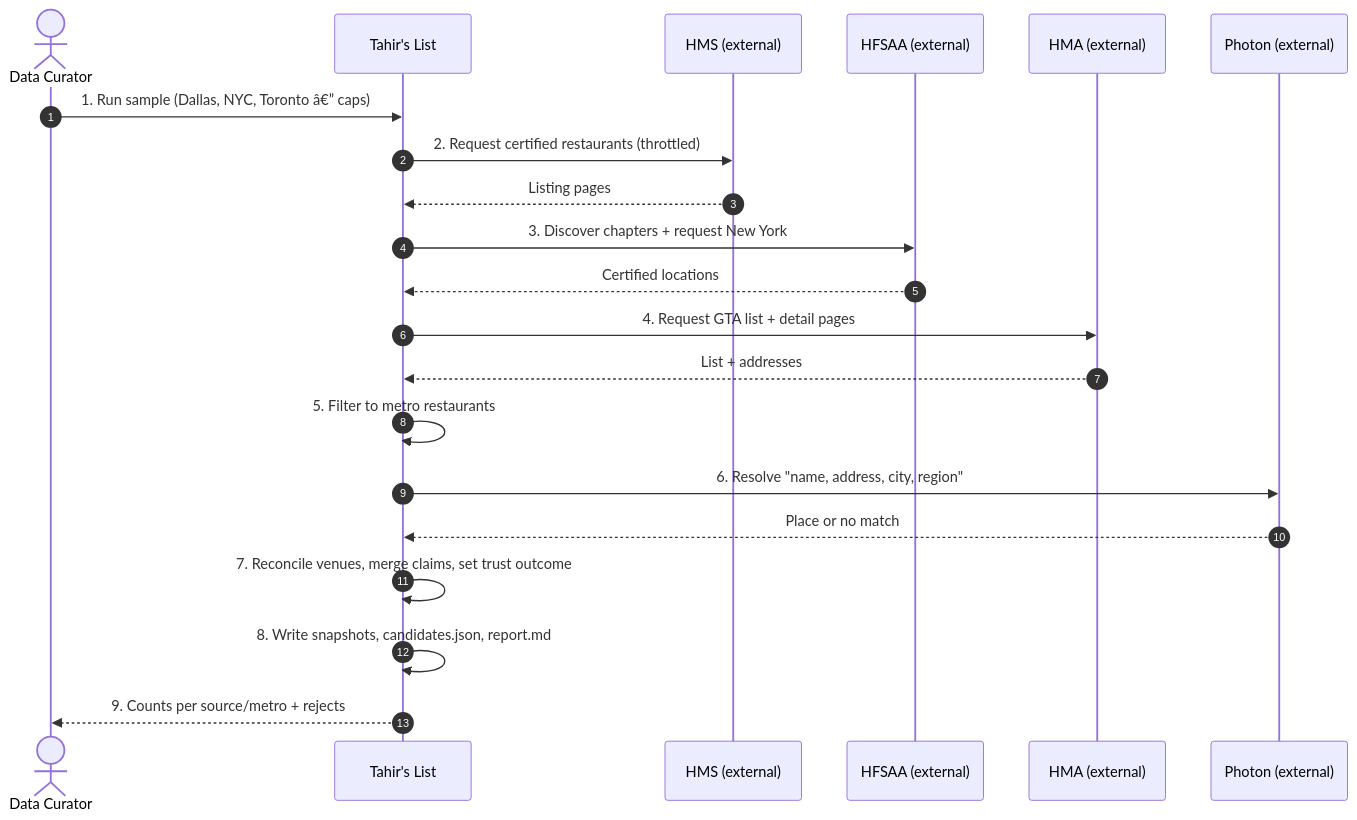
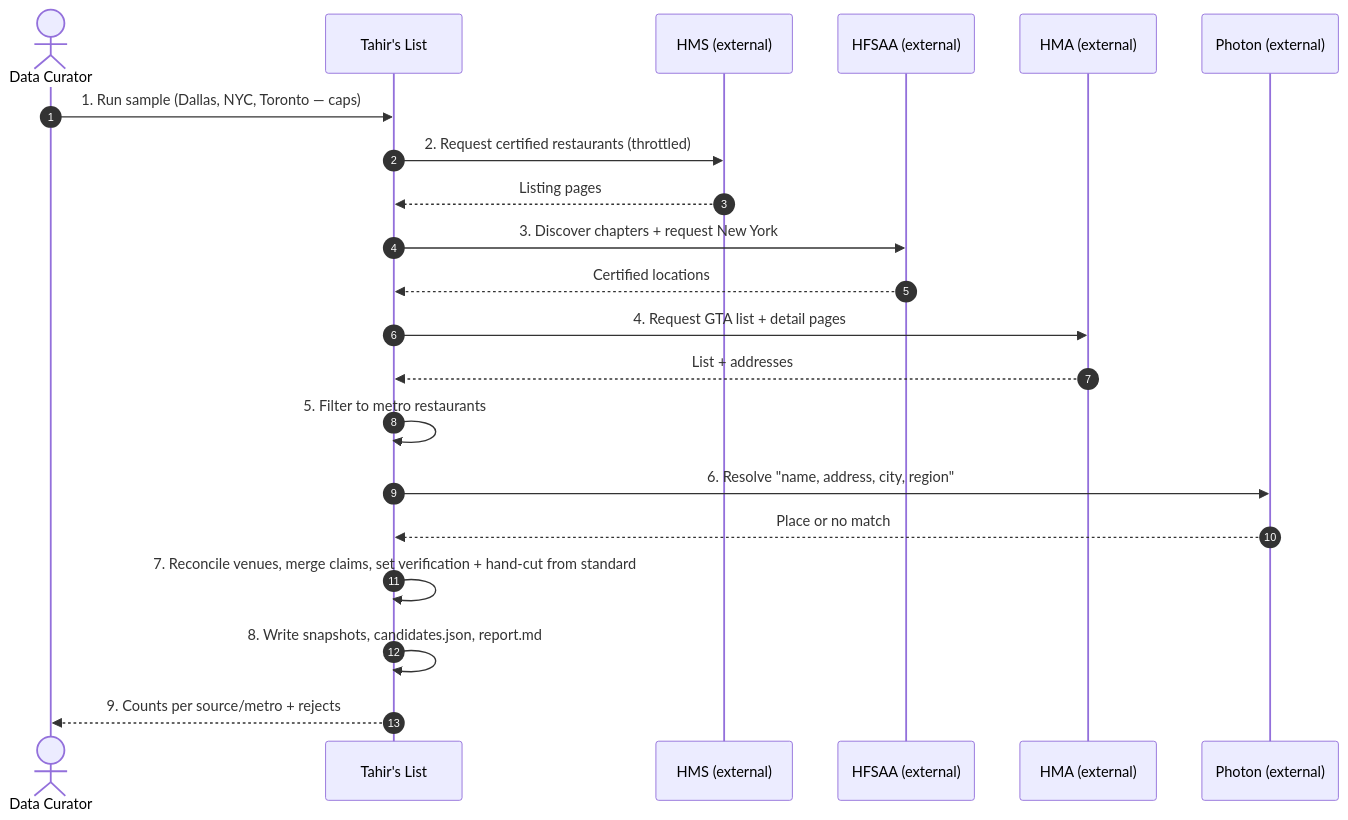
One commit to Losers-Lab/tahirs-list changed the first of 10 diagrams in docs/features/SC-211/04-blackbox/UC-01-run-sample-directory-ingestion.md. Above: the diagram before and after it, drawn with Mermaid. The commit also changed other lines of this file and 12 other files, not shown here.

Commit message:
[SC-211] Decouple hand-cut from tier

````diff
--- a/docs/features/SC-211/04-blackbox/UC-01-run-sample-directory-ingestion.md
+++ b/docs/features/SC-211/04-blackbox/UC-01-run-sample-directory-ingestion.md
@@ -6,23 +6,23 @@
 ```mermaid
 sequenceDiagram
   autonumber
   actor DC as Data Curator
   participant TL as Tahir's List
   participant HMS as HMS (external)
   participant HF as HFSAA (external)
   participant HM as HMA (external)
   participant PH as Photon (external)
-  DC->>TL: 1. Run sample (Dallas, NYC, Toronto â€” caps)
+  DC->>TL: 1. Run sample (Dallas, NYC, Toronto — caps)
   TL->>HMS: 2. Request certified restaurants (throttled)
   HMS-->>TL: Listing pages
   TL->>HF: 3. Discover chapters + request New York
   HF-->>TL: Certified locations
   TL->>HM: 4. Request GTA list + detail pages
   HM-->>TL: List + addresses
   TL->>TL: 5. Filter to metro restaurants
   TL->>PH: 6. Resolve "name, address, city, region"
   PH-->>TL: Place or no match
-  TL->>TL: 7. Reconcile venues, merge claims, set trust outcome
+  TL->>TL: 7. Reconcile venues, merge claims, set verification + hand-cut from standard
   TL->>TL: 8. Write snapshots, candidates.json, report.md
   TL-->>DC: 9. Counts per source/metro + rejects
 ```
````
